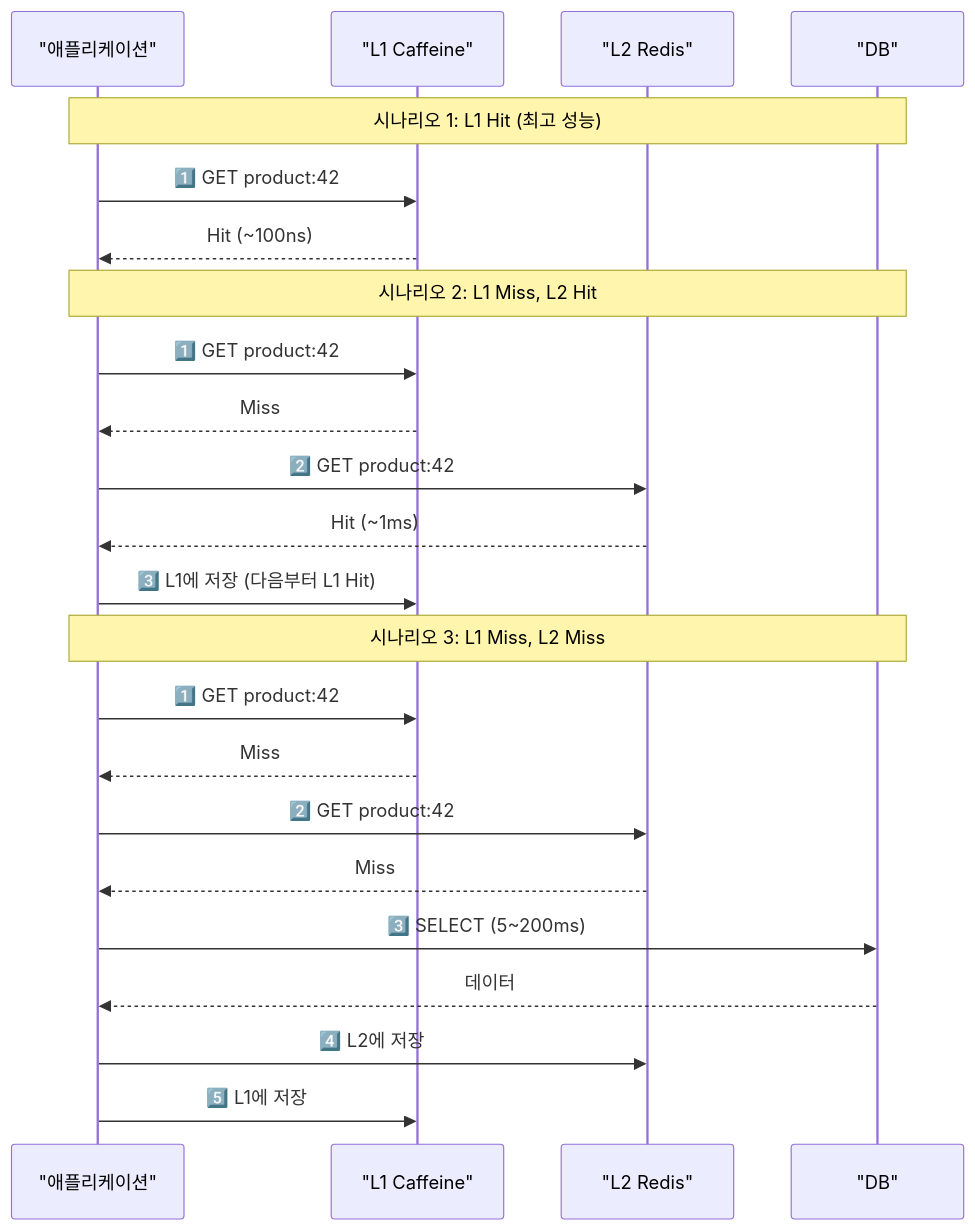
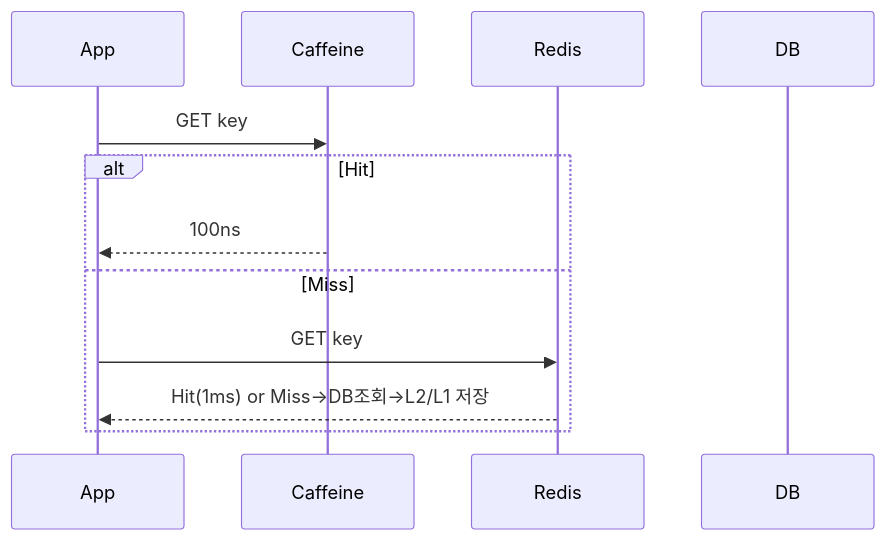
The fourth of 8 diagrams in _posts/caching/2026-05-03-multi-layer-caching.md (yjkim2015/yjkim2015.github.io), drawn with Mermaid before and after one commit. The commit also changed other lines of this file and 215 other files, not shown here.

First line of the commit message:
신규 포스트 10개 추가 + Mermaid 전면 축소 + SystemDesign 시리즈 보강

````diff
--- a/_posts/caching/2026-05-03-multi-layer-caching.md
+++ b/_posts/caching/2026-05-03-multi-layer-caching.md
@@ -202,28 +192,14 @@
 ```mermaid
 sequenceDiagram
-    participant App as "애플리케이션"
-    participant L1 as "L1 Caffeine"
-    participant L2 as "L2 Redis"
-    participant DB as "DB"
-
-    Note over App,DB: 시나리오 1: L1 Hit (최고 성능)
-    App->>L1: 1️⃣ GET product:42
-    L1-->>App: Hit (~100ns)
-
-    Note over App,DB: 시나리오 2: L1 Miss, L2 Hit
-    App->>L1: 1️⃣ GET product:42
-    L1-->>App: Miss
-    App->>L2: 2️⃣ GET product:42
-    L2-->>App: Hit (~1ms)
-    App->>L1: 3️⃣ L1에 저장 (다음부터 L1 Hit)
-
-    Note over App,DB: 시나리오 3: L1 Miss, L2 Miss
-    App->>L1: 1️⃣ GET product:42
-    L1-->>App: Miss
-    App->>L2: 2️⃣ GET product:42
-    L2-->>App: Miss
-    App->>DB: 3️⃣ SELECT (5~200ms)
-    DB-->>App: 데이터
-    App->>L2: 4️⃣ L2에 저장
-    App->>L1: 5️⃣ L1에 저장
+    participant App
+    participant L1 as Caffeine
+    participant L2 as Redis
+    participant DB
+    App->>L1: GET key
+    alt Hit
+        L1-->>App: 100ns
+    else Miss
+        App->>L2: GET key
+        L2-->>App: Hit(1ms) or Miss→DB조회→L2/L1 저장
+    end
 ```
````
